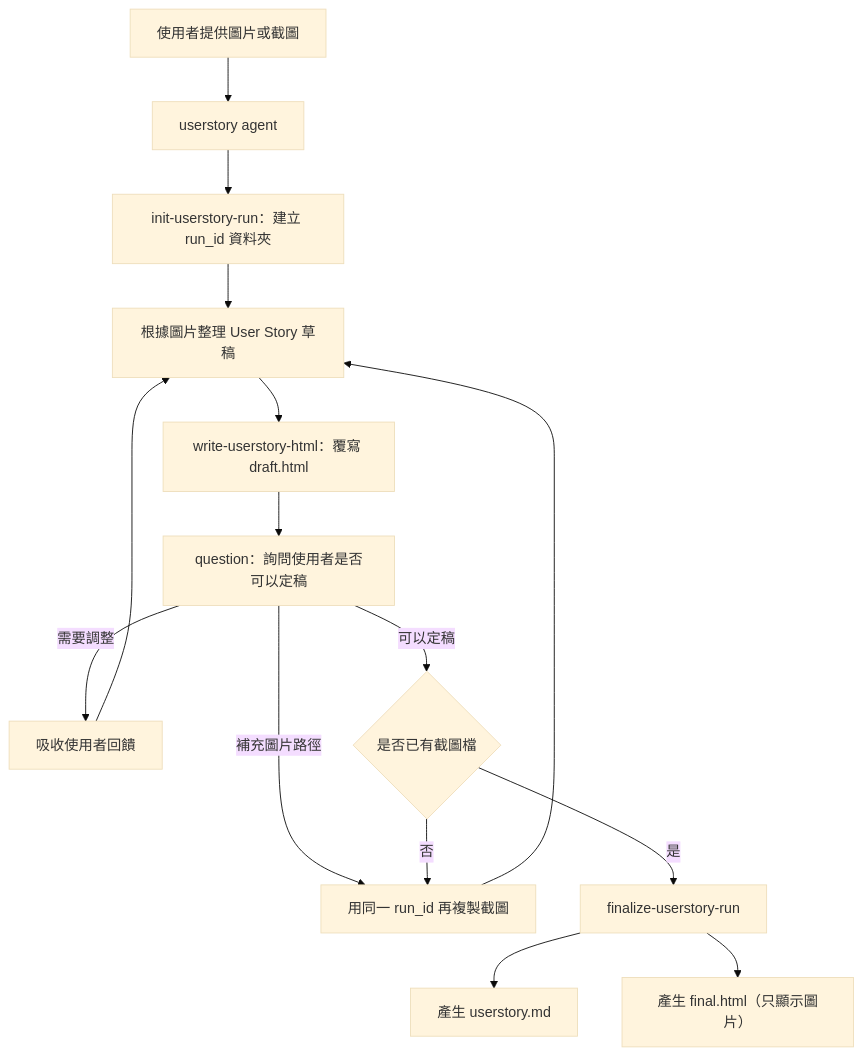
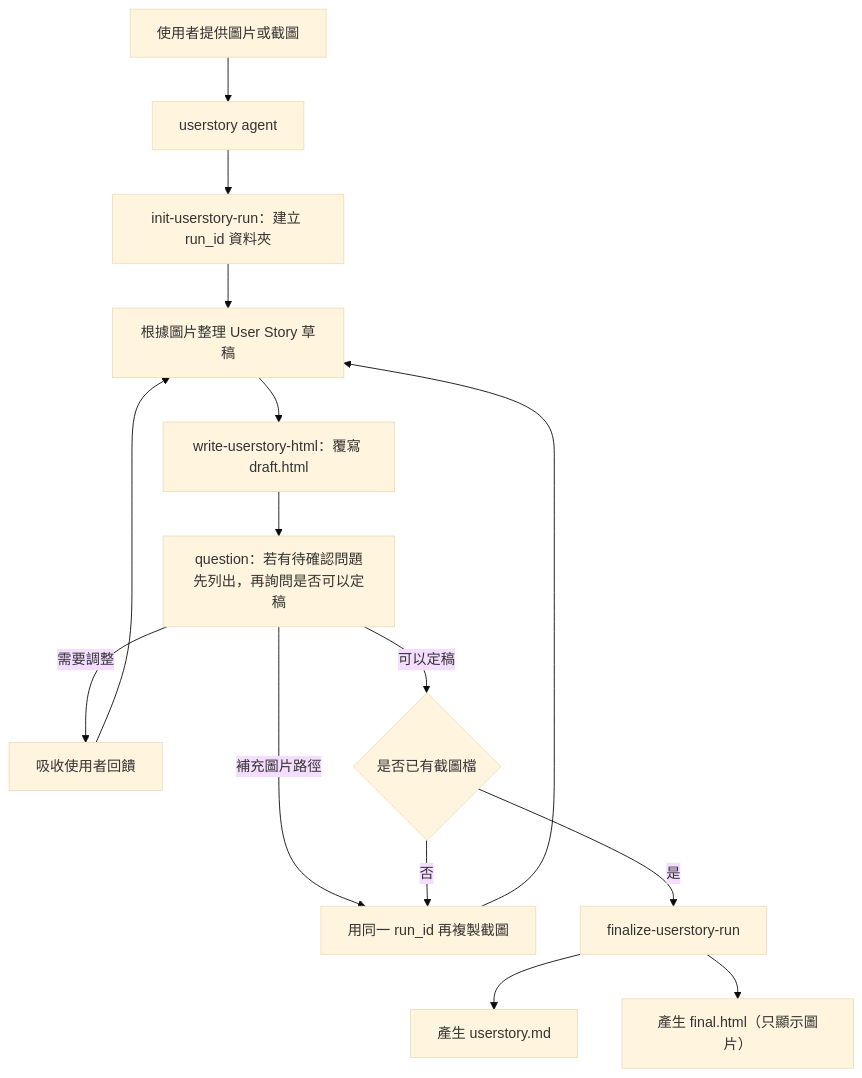
The diagram in FLOW_1.md (jason23452/SDD), drawn with Mermaid (base theme) before and after one commit. The commit also changed other lines of this file and 2 other files, not shown here.

Commit message:
refactor: enhance user story confirmation process and documentation for clarity

````diff
--- a/FLOW_1.md
+++ b/FLOW_1.md
@@ -39,17 +39,17 @@
 ```mermaid
 flowchart TD
     A["使用者提供圖片或截圖"] --> B["userstory agent"]
     B --> C["init-userstory-run：建立 run_id 資料夾"]
     C --> D["根據圖片整理 User Story 草稿"]
     D --> E["write-userstory-html：覆寫 draft.html"]
-    E --> F["question：詢問使用者是否可以定稿"]
+    E --> F["question：若有待確認問題先列出，再詢問是否可以定稿"]
     F -->|"需要調整"| G["吸收使用者回饋"]
     G --> D
     F -->|"補充圖片路徑"| H["用同一 run_id 再複製截圖"]
     H --> D
     F -->|"可以定稿"| I{"是否已有截圖檔"}
     I -->|"否"| H
     I -->|"是"| J["finalize-userstory-run"]
     J --> K["產生 userstory.md"]
     J --> L["產生 final.html（只顯示圖片）"]
 ```
````
